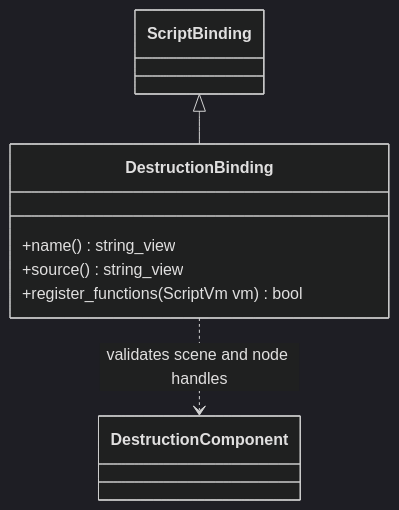
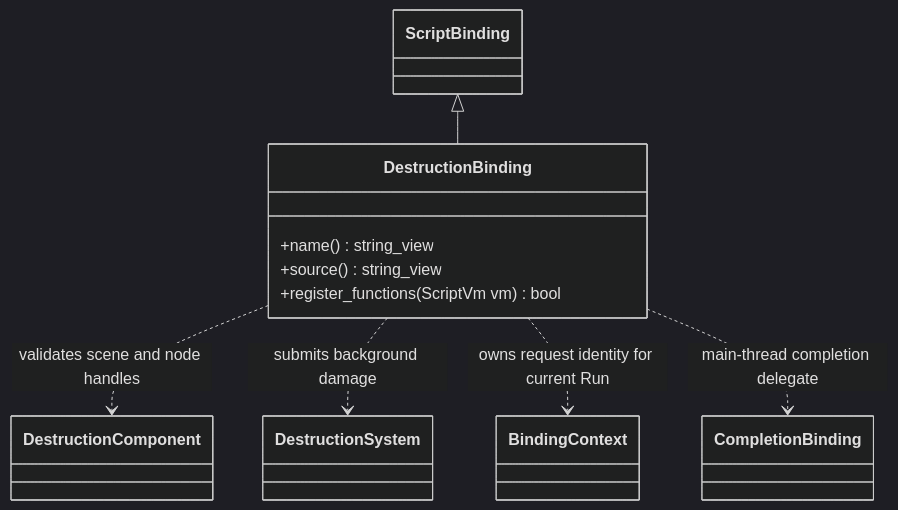
The diagram in docs/plugins/runtime/class-diagrams/destruction-script-api.md (lcals/Engine), drawn with Mermaid (dark theme) before and after one commit. The commit also changed other lines of this file and 135 other files, not shown here.

````diff
--- a/docs/plugins/runtime/class-diagrams/destruction-script-api.md
+++ b/docs/plugins/runtime/class-diagrams/destruction-script-api.md
@@ -6,12 +6,18 @@
 ```mermaid
 classDiagram
 class ScriptBinding
 class DestructionComponent
+class DestructionSystem
+class CompletionBinding
+class BindingContext
 class DestructionBinding {
 +name() string_view
 +source() string_view
 +register_functions(ScriptVm vm) bool
 }
 ScriptBinding <|-- DestructionBinding
 DestructionBinding ..> DestructionComponent : validates scene and node handles
+DestructionBinding ..> DestructionSystem : submits background damage
+DestructionBinding ..> BindingContext : owns request identity for current Run
+DestructionBinding ..> CompletionBinding : main-thread completion delegate
 ```
````
